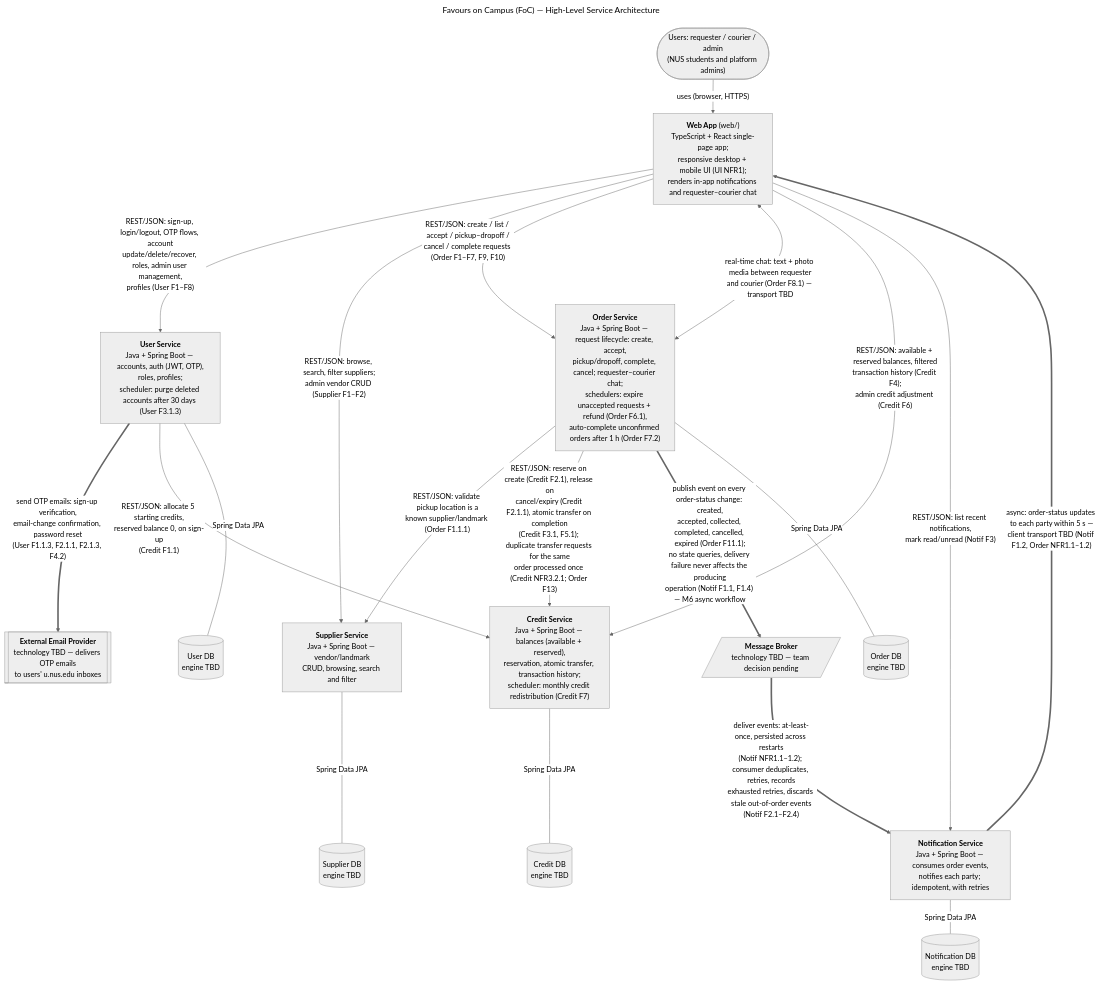
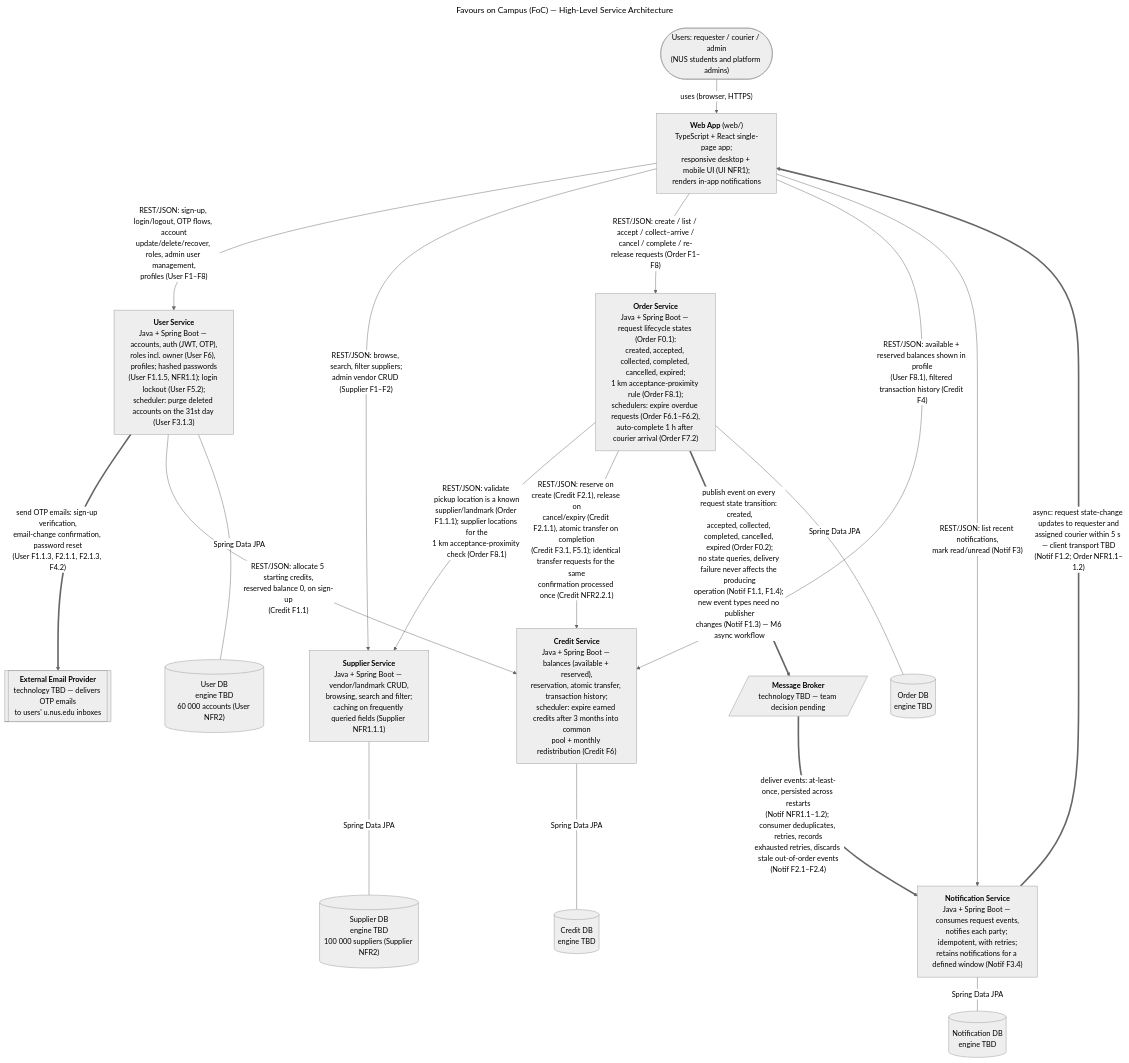
Before and after one commit to AY2627S1-CS3219-P23/foc: the diagram in docs/architecture.mmd, drawn with Mermaid (neutral theme). The commit also changed 1 other file, not shown here.

Commit message:
docs: align architecture diagram with latest D1 backlog (Template-7)
- Renumber requirement refs: event publishing Order F0.2, transfer
  idempotency Credit NFR2.2.1, redistribution Credit F6
- Remove requester-courier chat and admin credit adjustment (now
  nice-to-haves N6/N7, outside committed scope)
- Add Order F8.1 1 km acceptance-proximity check via Supplier Service
- Add Supplier caching (NFR1.1.1), DB capacity targets, re-release of
  expired requests (Order F6.4), notification retention (Notif F3.4)
- Add NFR capacity/performance summary section to architecture.md

```diff
--- a/docs/architecture.mmd
+++ b/docs/architecture.mmd
@@ -1,51 +1,53 @@
 ---
 title: "Favours on Campus (FoC) — High-Level Service Architecture"
 ---
 %% AI-assisted (CS3219 AI Usage Policy disclosure):
-%% Tool: Claude Code (Fable 5), 2026-09-14; revised 2026-09-15.
+%% Tool: Claude Code (Fable 5), 2026-09-14; revised 2026-09-15, 2026-09-18.
 %% Scope: transcribed the team-decided architecture (AGENTS.md service
 %% boundaries + D1 requirements) into this diagram, and re-aligned edge
-%% labels/relationships with the latest D1 backlog. No design decisions
-%% were made by the tool; open decisions are marked "TBD" for the team.
+%% labels/relationships with the latest D1 backlog (Template-7): chat and
+%% admin credit adjustment moved to nice-to-haves (out of diagram scope),
+%% Order F0/F8 renumbering, Credit F6 redistribution, Supplier caching.
+%% No design decisions were made by the tool; open decisions are marked
+%% "TBD" for the team.
 %% Reviewed by: Leong Wei Zhi (via pull request).
 %% Legend and dependency table: see docs/architecture.md
 flowchart TB
     USERS(["Users: requester / courier / admin<br/>(NUS students and platform admins)"])
-    WEB["<b>Web App</b> (web/)<br/>TypeScript + React single-page app;<br/>responsive desktop + mobile UI (UI NFR1);<br/>renders in-app notifications and requester–courier chat"]
+    WEB["<b>Web App</b> (web/)<br/>TypeScript + React single-page app;<br/>responsive desktop + mobile UI (UI NFR1);<br/>renders in-app notifications"]
 
     USERS -->|"uses (browser, HTTPS)"| WEB
 
-    USER_SVC["<b>User Service</b><br/>Java + Spring Boot — accounts, auth (JWT, OTP),<br/>roles, profiles;<br/>scheduler: purge deleted accounts after 30 days (User F3.1.3)"]
-    SUP_SVC["<b>Supplier Service</b><br/>Java + Spring Boot — vendor/landmark<br/>CRUD, browsing, search and filter"]
-    ORDER_SVC["<b>Order Service</b><br/>Java + Spring Boot — request lifecycle: create, accept,<br/>pickup/dropoff, complete, cancel; requester–courier chat;<br/>schedulers: expire unaccepted requests + refund (Order F6.1),<br/>auto-complete unconfirmed orders after 1 h (Order F7.2)"]
-    CREDIT_SVC["<b>Credit Service</b><br/>Java + Spring Boot — balances (available + reserved),<br/>reservation, atomic transfer, transaction history;<br/>scheduler: monthly credit redistribution (Credit F7)"]
-    NOTIF_SVC["<b>Notification Service</b><br/>Java + Spring Boot — consumes order events,<br/>notifies each party; idempotent, with retries"]
+    USER_SVC["<b>User Service</b><br/>Java + Spring Boot — accounts, auth (JWT, OTP),<br/>roles incl. owner (User F6), profiles; hashed passwords<br/>(User F1.1.5, NFR1.1); login lockout (User F5.2);<br/>scheduler: purge deleted accounts on the 31st day (User F3.1.3)"]
+    SUP_SVC["<b>Supplier Service</b><br/>Java + Spring Boot — vendor/landmark CRUD,<br/>browsing, search and filter;<br/>caching on frequently queried fields (Supplier NFR1.1.1)"]
+    ORDER_SVC["<b>Order Service</b><br/>Java + Spring Boot — request lifecycle states (Order F0.1):<br/>created, accepted, collected, completed, cancelled, expired;<br/>1 km acceptance-proximity rule (Order F8.1);<br/>schedulers: expire overdue requests (Order F6.1–F6.2),<br/>auto-complete 1 h after courier arrival (Order F7.2)"]
+    CREDIT_SVC["<b>Credit Service</b><br/>Java + Spring Boot — balances (available + reserved),<br/>reservation, atomic transfer, transaction history;<br/>scheduler: expire earned credits after 3 months into common<br/>pool + monthly redistribution (Credit F6)"]
+    NOTIF_SVC["<b>Notification Service</b><br/>Java + Spring Boot — consumes request events,<br/>notifies each party; idempotent, with retries;<br/>retains notifications for a defined window (Notif F3.4)"]
     BROKER[/"<b>Message Broker</b><br/>technology TBD — team decision pending"/]
     EMAIL[["<b>External Email Provider</b><br/>technology TBD — delivers OTP emails<br/>to users' u.nus.edu inboxes"]]
 
     WEB -->|"REST/JSON: sign-up, login/logout, OTP flows, account<br/>update/delete/recover, roles, admin user management,<br/>profiles (User F1–F8)"| USER_SVC
     WEB -->|"REST/JSON: browse, search, filter suppliers;<br/>admin vendor CRUD (Supplier F1–F2)"| SUP_SVC
-    WEB -->|"REST/JSON: create / list / accept / pickup–dropoff /<br/>cancel / complete requests (Order F1–F7, F9, F10)"| ORDER_SVC
-    WEB <-->|"real-time chat: text + photo media between requester<br/>and courier (Order F8.1) — transport TBD"| ORDER_SVC
-    WEB -->|"REST/JSON: available + reserved balances, filtered<br/>transaction history (Credit F4);<br/>admin credit adjustment (Credit F6)"| CREDIT_SVC
+    WEB -->|"REST/JSON: create / list / accept / collect–arrive /<br/>cancel / complete / re-release requests (Order F1–F8)"| ORDER_SVC
+    WEB -->|"REST/JSON: available + reserved balances shown in profile<br/>(User F8.1), filtered transaction history (Credit F4)"| CREDIT_SVC
     WEB -->|"REST/JSON: list recent notifications,<br/>mark read/unread (Notif F3)"| NOTIF_SVC
-    NOTIF_SVC ==>|"async: order-status updates to each party within 5 s —<br/>client transport TBD (Notif F1.2, Order NFR1.1–1.2)"| WEB
+    NOTIF_SVC ==>|"async: request state-change updates to requester and<br/>assigned courier within 5 s — client transport TBD<br/>(Notif F1.2; Order NFR1.1–1.2)"| WEB
 
     USER_SVC ==>|"send OTP emails: sign-up verification,<br/>email-change confirmation, password reset<br/>(User F1.1.3, F2.1.1, F2.1.3, F4.2)"| EMAIL
     USER_SVC -->|"REST/JSON: allocate 5 starting credits,<br/>reserved balance 0, on sign-up<br/>(Credit F1.1)"| CREDIT_SVC
-    ORDER_SVC -->|"REST/JSON: validate pickup location is a<br/>known supplier/landmark (Order F1.1.1)"| SUP_SVC
-    ORDER_SVC -->|"REST/JSON: reserve on create (Credit F2.1), release on<br/>cancel/expiry (Credit F2.1.1), atomic transfer on completion<br/>(Credit F3.1, F5.1); duplicate transfer requests for the same<br/>order processed once (Credit NFR3.2.1; Order F13)"| CREDIT_SVC
-    ORDER_SVC ==>|"publish event on every order-status change: created,<br/>accepted, collected, completed, cancelled, expired (Order F11.1);<br/>no state queries, delivery failure never affects the producing<br/>operation (Notif F1.1, F1.4) — M6 async workflow"| BROKER
+    ORDER_SVC -->|"REST/JSON: validate pickup location is a known<br/>supplier/landmark (Order F1.1.1); supplier locations for the<br/>1 km acceptance-proximity check (Order F8.1)"| SUP_SVC
+    ORDER_SVC -->|"REST/JSON: reserve on create (Credit F2.1), release on<br/>cancel/expiry (Credit F2.1.1), atomic transfer on completion<br/>(Credit F3.1, F5.1); identical transfer requests for the same<br/>confirmation processed once (Credit NFR2.2.1)"| CREDIT_SVC
+    ORDER_SVC ==>|"publish event on every request state transition: created,<br/>accepted, collected, completed, cancelled, expired (Order F0.2);<br/>no state queries, delivery failure never affects the producing<br/>operation (Notif F1.1, F1.4); new event types need no publisher<br/>changes (Notif F1.3) — M6 async workflow"| BROKER
     BROKER ==>|"deliver events: at-least-once, persisted across restarts<br/>(Notif NFR1.1–1.2); consumer deduplicates, retries, records<br/>exhausted retries, discards stale out-of-order events<br/>(Notif F2.1–F2.4)"| NOTIF_SVC
 
-    USER_DB[("User DB<br/>engine TBD")]
-    SUP_DB[("Supplier DB<br/>engine TBD")]
+    USER_DB[("User DB<br/>engine TBD<br/>60 000 accounts (User NFR2)")]
+    SUP_DB[("Supplier DB<br/>engine TBD<br/>100 000 suppliers (Supplier NFR2)")]
     ORDER_DB[("Order DB<br/>engine TBD")]
     CREDIT_DB[("Credit DB<br/>engine TBD")]
     NOTIF_DB[("Notification DB<br/>engine TBD")]
 
     USER_SVC ---|"Spring Data JPA"| USER_DB
     SUP_SVC ---|"Spring Data JPA"| SUP_DB
     ORDER_SVC ---|"Spring Data JPA"| ORDER_DB
     CREDIT_SVC ---|"Spring Data JPA"| CREDIT_DB
     NOTIF_SVC ---|"Spring Data JPA"| NOTIF_DB
```
